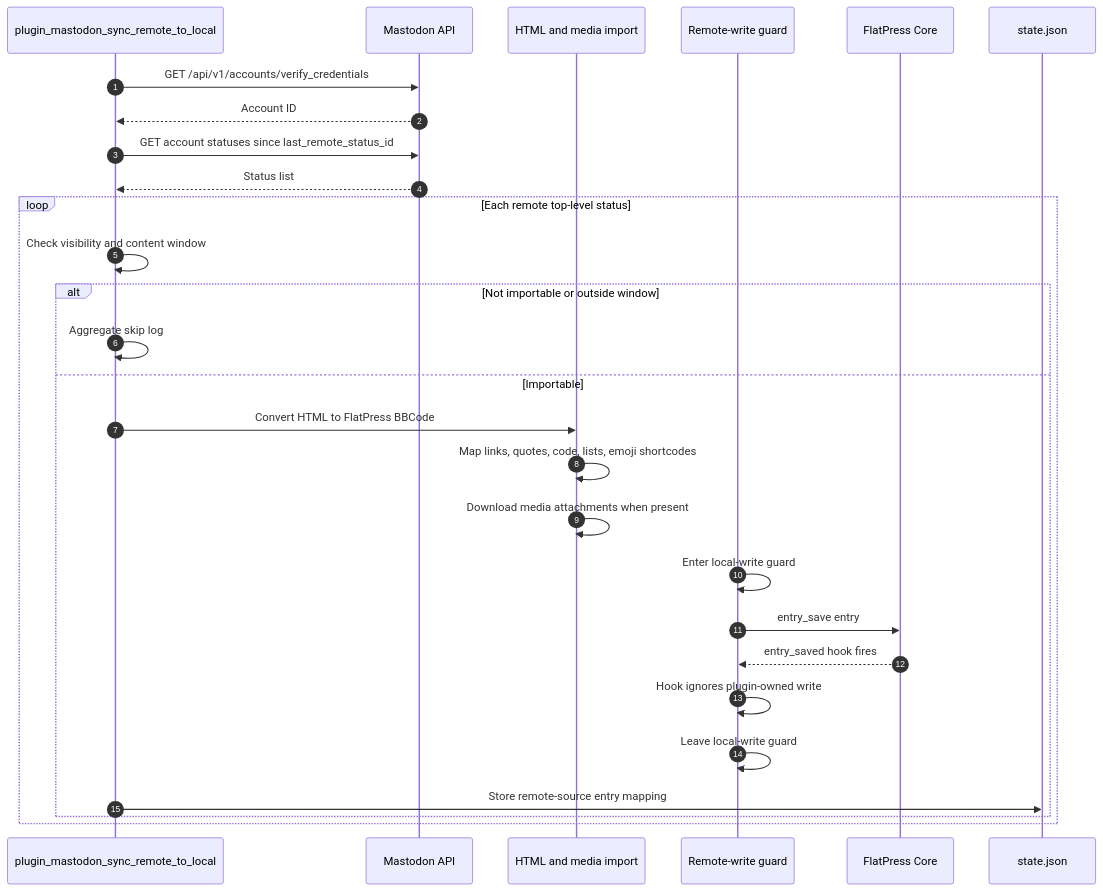
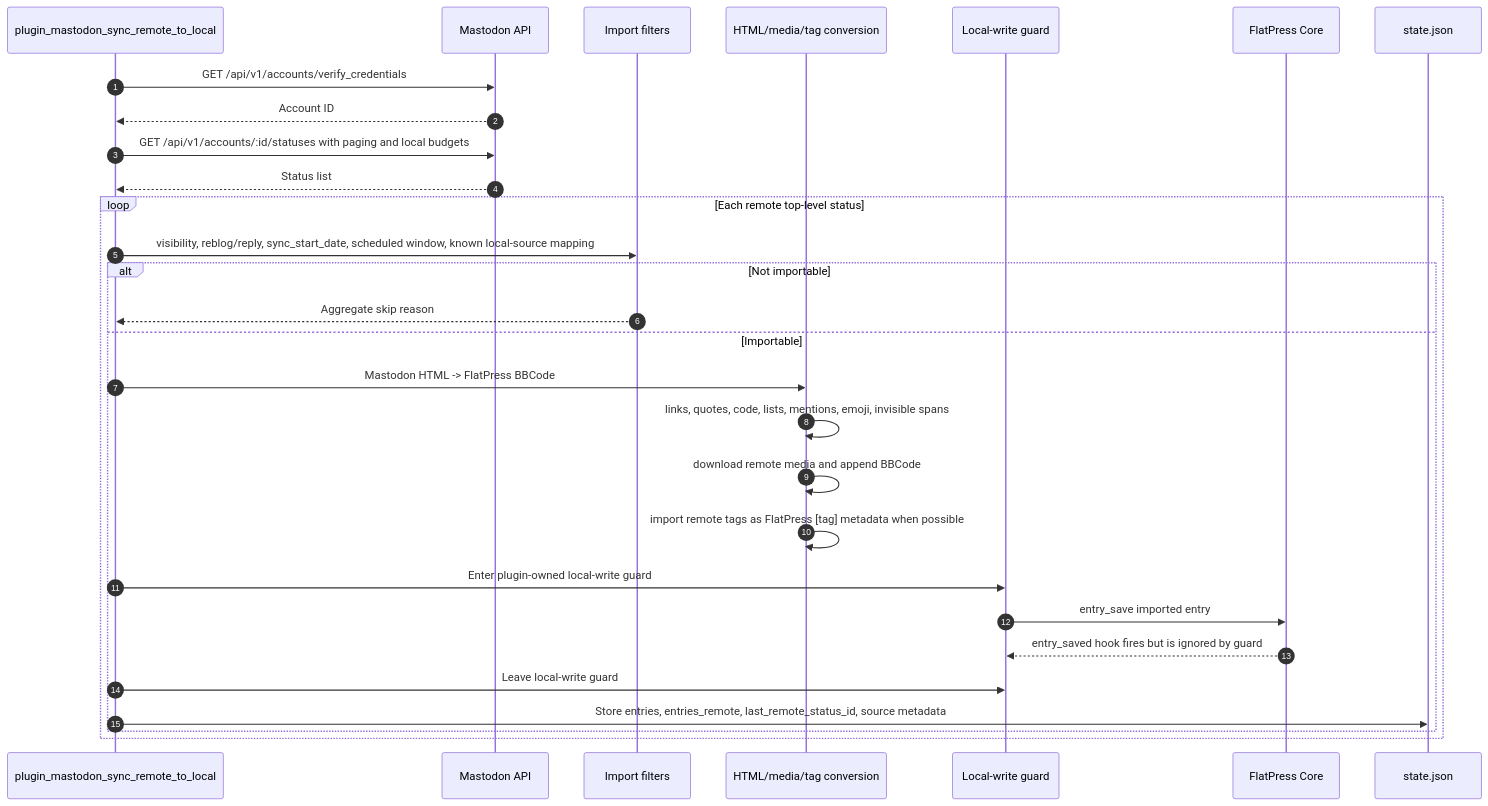
One commit to flatpressblog/flatpress changed the eighth of 32 diagrams in fp-plugins/mastodon/Plugin-Process-Flow.md. Above: the diagram before and after it, drawn with Mermaid. The commit also changed other lines of this file and 4 other files, not shown here.

````diff
--- a/fp-plugins/mastodon/Plugin-Process-Flow.md
+++ b/fp-plugins/mastodon/Plugin-Process-Flow.md
@@ -162,31 +280,32 @@
 ```mermaid
 sequenceDiagram
     autonumber
     participant Sync as plugin_mastodon_sync_remote_to_local
     participant API as Mastodon API
-    participant Converter as HTML and media import
-    participant Guard as Remote-write guard
+    participant Filter as Import filters
+    participant Convert as HTML/media/tag conversion
+    participant Guard as Local-write guard
     participant Core as FlatPress Core
     participant State as state.json
 
     Sync->>API: GET /api/v1/accounts/verify_credentials
     API-->>Sync: Account ID
-    Sync->>API: GET account statuses since last_remote_status_id
+    Sync->>API: GET /api/v1/accounts/:id/statuses with paging and local budgets
     API-->>Sync: Status list
     loop Each remote top-level status
-        Sync->>Sync: Check visibility and content window
-        alt Not importable or outside window
-            Sync->>Sync: Aggregate skip log
+        Sync->>Filter: visibility, reblog/reply, sync_start_date, scheduled window, known local-source mapping
+        alt Not importable
+            Filter-->>Sync: Aggregate skip reason
         else Importable
-            Sync->>Converter: Convert HTML to FlatPress BBCode
-            Converter->>Converter: Map links, quotes, code, lists, emoji shortcodes
-            Converter->>Converter: Download media attachments when present
-            Guard->>Guard: Enter local-write guard
-            Guard->>Core: entry_save entry
-            Core-->>Guard: entry_saved hook fires
-            Guard->>Guard: Hook ignores plugin-owned write
-            Guard->>Guard: Leave local-write guard
-            Sync->>State: Store remote-source entry mapping
+            Sync->>Convert: Mastodon HTML -> FlatPress BBCode
+            Convert->>Convert: links, quotes, code, lists, mentions, emoji, invisible spans
+            Convert->>Convert: download remote media and append BBCode
+            Convert->>Convert: import remote tags as FlatPress [tag] metadata when possible
+            Sync->>Guard: Enter plugin-owned local-write guard
+            Guard->>Core: entry_save imported entry
+            Core-->>Guard: entry_saved hook fires but is ignored by guard
+            Sync->>Guard: Leave local-write guard
+            Sync->>State: Store entries, entries_remote, last_remote_status_id, source metadata
         end
     end
 ```
````
